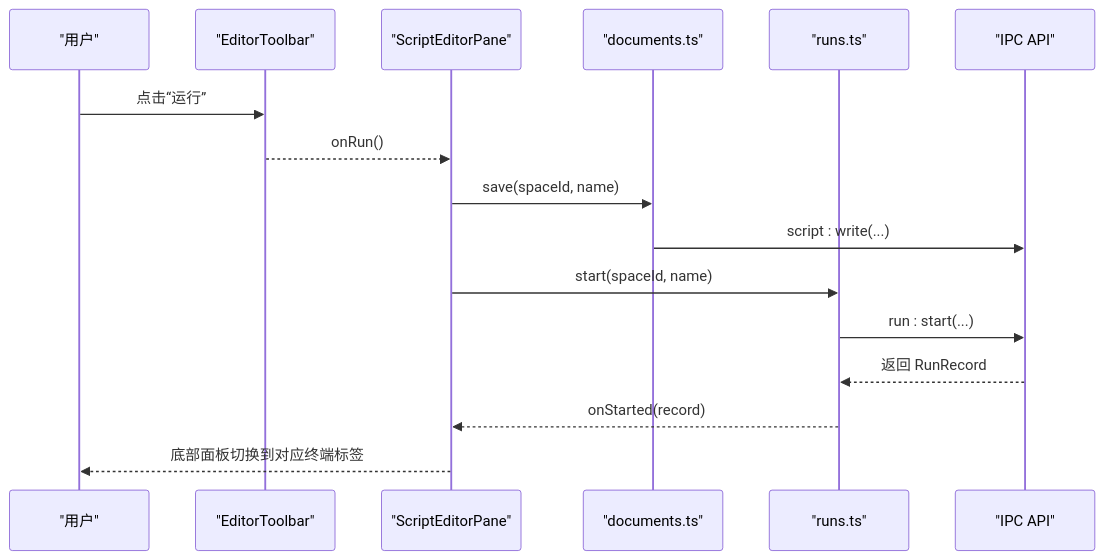
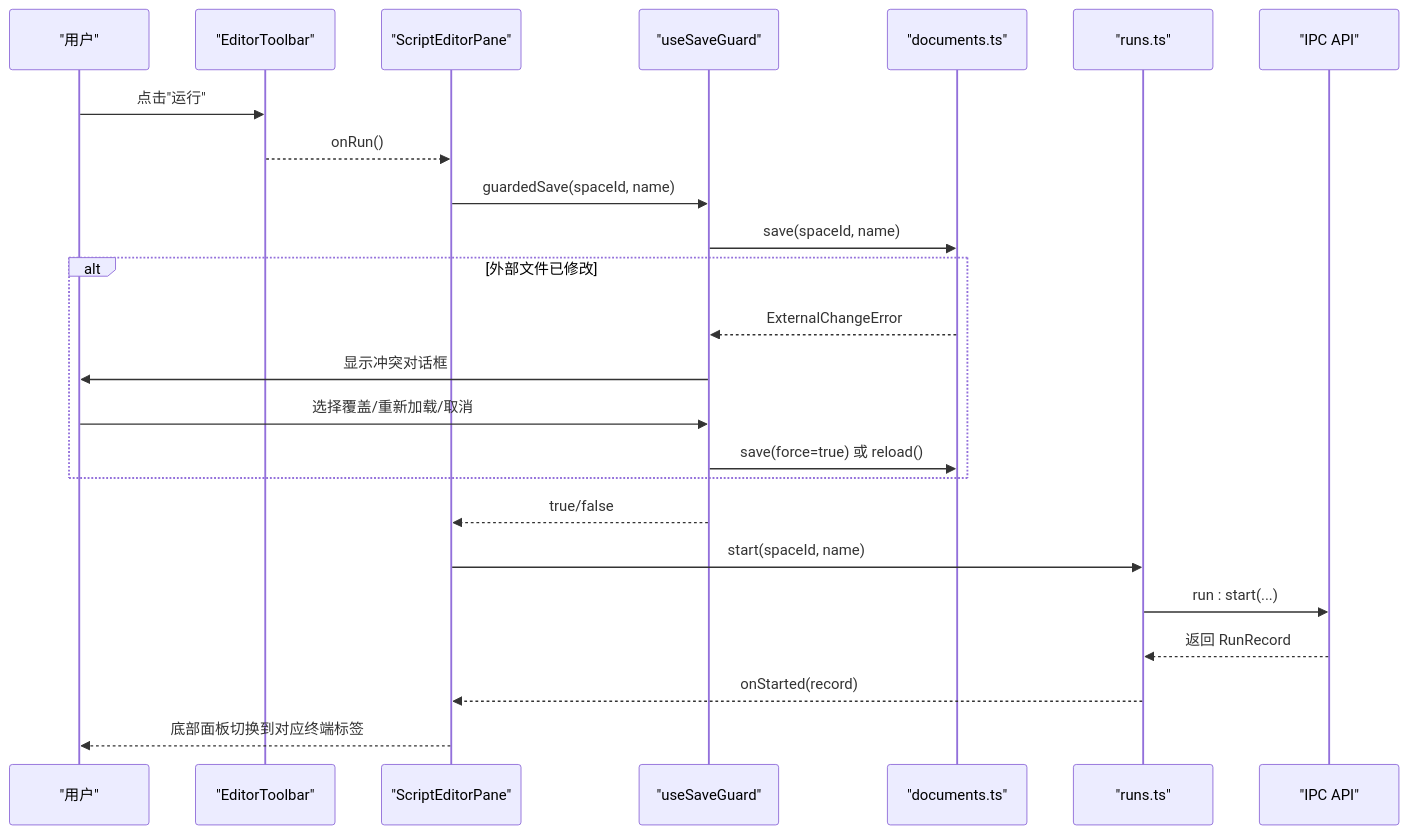
The second of 13 diagrams in .qoder/repowiki/zh/content/前端应用架构/页面组件/脚本编辑器页面/脚本编辑器页面.md (hozeeee/script-box), drawn with Mermaid before and after one commit. The commit also changed other lines of this file and 76 other files, not shown here.

````diff
--- a/.qoder/repowiki/zh/content/前端应用架构/页面组件/脚本编辑器页面/脚本编辑器页面.md
+++ b/.qoder/repowiki/zh/content/前端应用架构/页面组件/脚本编辑器页面/脚本编辑器页面.md
@@ -117,18 +144,26 @@
 ```mermaid
 sequenceDiagram
 participant User as "用户"
 participant Toolbar as "EditorToolbar"
 participant Pane as "ScriptEditorPane"
+participant Guard as "useSaveGuard"
 participant StoreDocs as "documents.ts"
 participant StoreRuns as "runs.ts"
 participant API as "IPC API"
-User->>Toolbar : 点击“运行”
+User->>Toolbar : 点击"运行"
 Toolbar-->>Pane : onRun()
-Pane->>StoreDocs : save(spaceId, name)
-StoreDocs->>API : script : write(...)
+Pane->>Guard : guardedSave(spaceId, name)
+Guard->>StoreDocs : save(spaceId, name)
+alt 外部文件已修改
+StoreDocs-->>Guard : ExternalChangeError
+Guard->>User : 显示冲突对话框
+User->>Guard : 选择覆盖/重新加载/取消
+Guard->>StoreDocs : save(force=true) 或 reload()
+end
+Guard-->>Pane : true/false
 Pane->>StoreRuns : start(spaceId, name)
 StoreRuns->>API : run : start(...)
 API-->>StoreRuns : 返回 RunRecord
 StoreRuns-->>Pane : onStarted(record)
 Pane-->>User : 底部面板切换到对应终端标签
 ```
````
